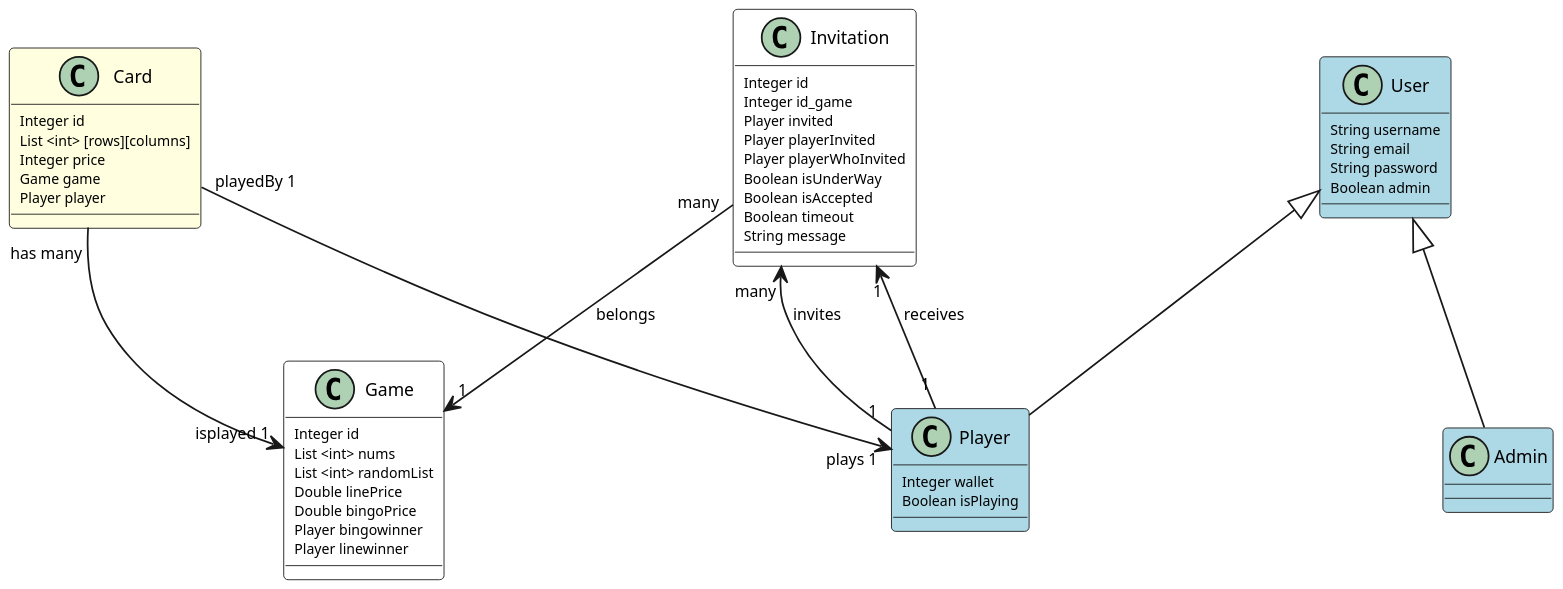
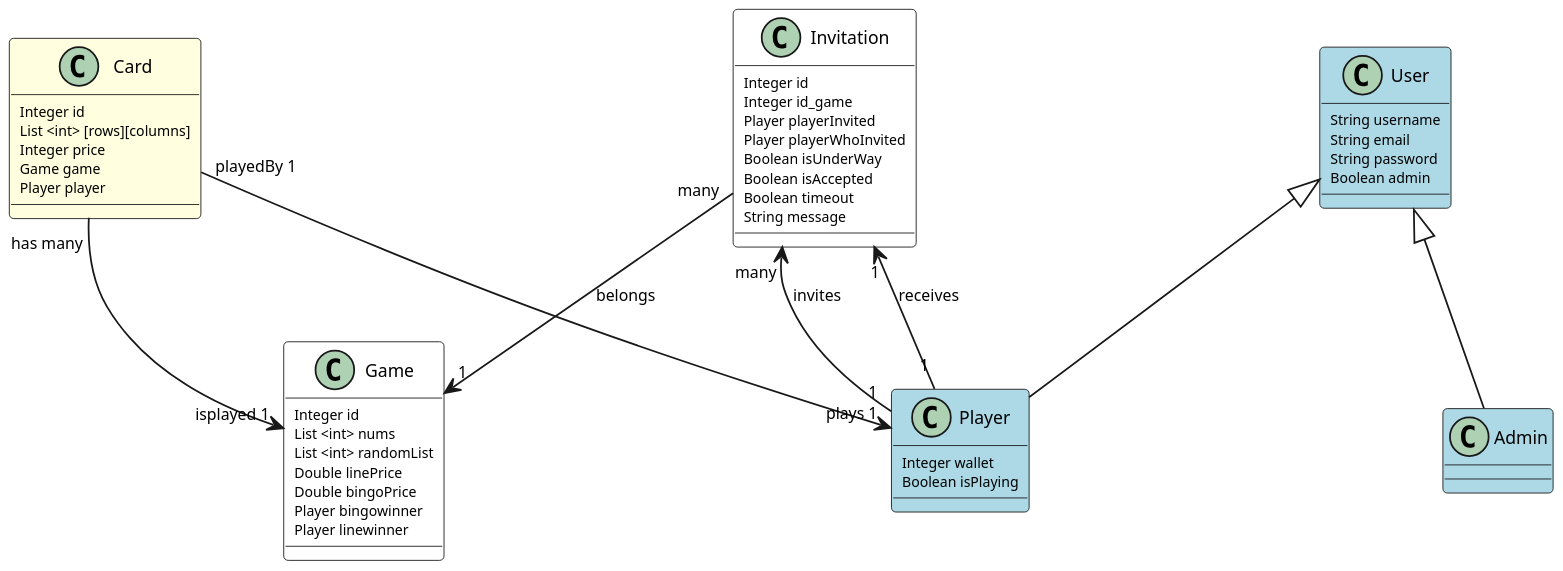
Before and after one commit to UdL-EPS-SoftArch/webingo-geiade-api: the diagram in uml.puml, drawn with PlantUML.

Commit message:
invitation ready

```diff
--- a/uml.puml
+++ b/uml.puml
@@ -1,69 +1,68 @@
 @startuml
 scale 800*800
 skinparam dpi 200
 skinparam classAttributeFontSize 8
 skinparam classArrowFontSize 9
 skinparam classFontSize 10
 skinparam nodesep 120
 skinparam ranksep 40
 hide stereotype
 skinparam class {
 	BackgroundColor White
 	BackgroundColor<<User>> LightBlue
 	BackgroundColor<<Card>> LightYellow
 }
 
 class Card <<Card>> {
     Integer id
     List <int> [rows][columns]
     Integer price
     Game game
     Player player
 }
 
 class Invitation <<Invitation>> {
     Integer id
     Integer id_game
-    Player invited
     Player playerInvited
     Player playerWhoInvited
     Boolean isUnderWay
     Boolean isAccepted
     Boolean timeout
     String message
 }
 
 class Game <<Game>> {
     Integer id
     List <int> nums
     List <int> randomList
     Double linePrice
     Double bingoPrice
     Player bingowinner
     Player linewinner
 }
 Card "has many" --> "isplayed 1" Game
 
 class User <<User>> {
     String username
     String email
     String password
     Boolean admin
 
 }
 
 class Player <<User>> extends User {
     Integer wallet
     Boolean isPlaying
 
 }
 Card "playedBy 1" --> "plays 1" Player
 Invitation "many" <-- "1" Player : invites
 Invitation "1" <-- "1" Player : receives
 Invitation "many" --> "1" Game : belongs
 
 
 class Admin <<User>> extends User {
 
 }
 @enduml
```
